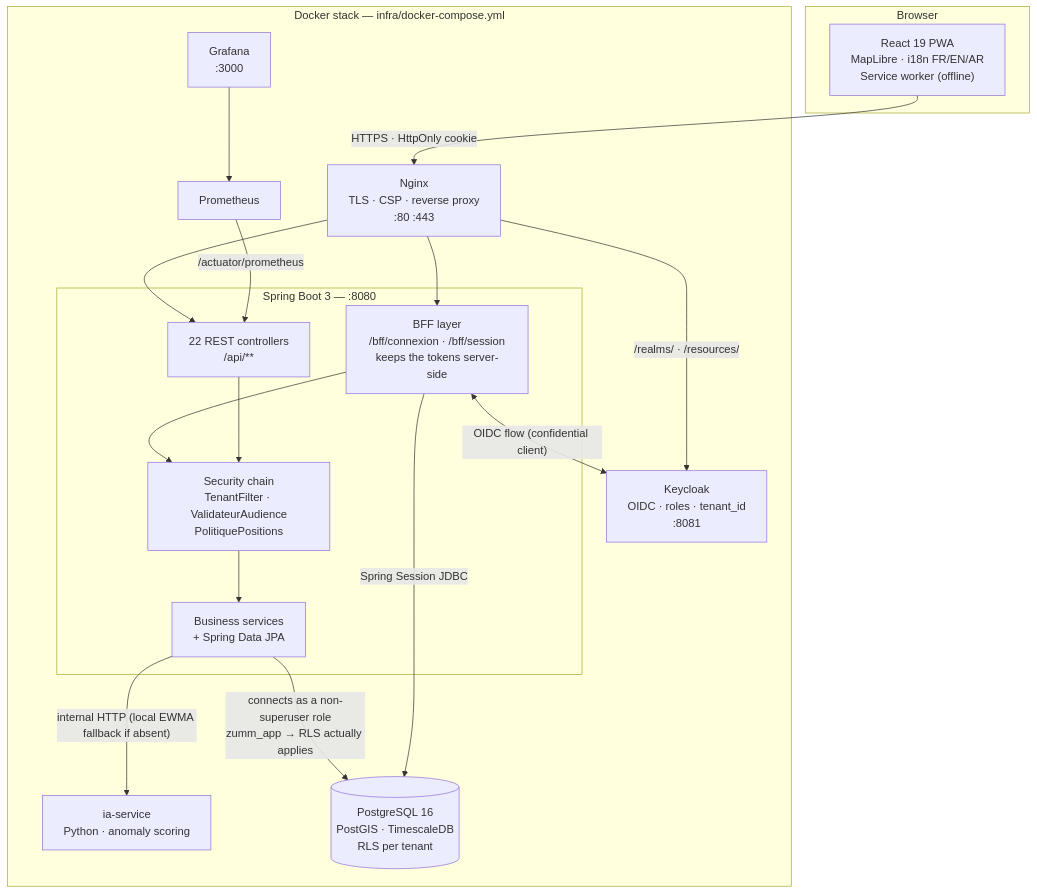
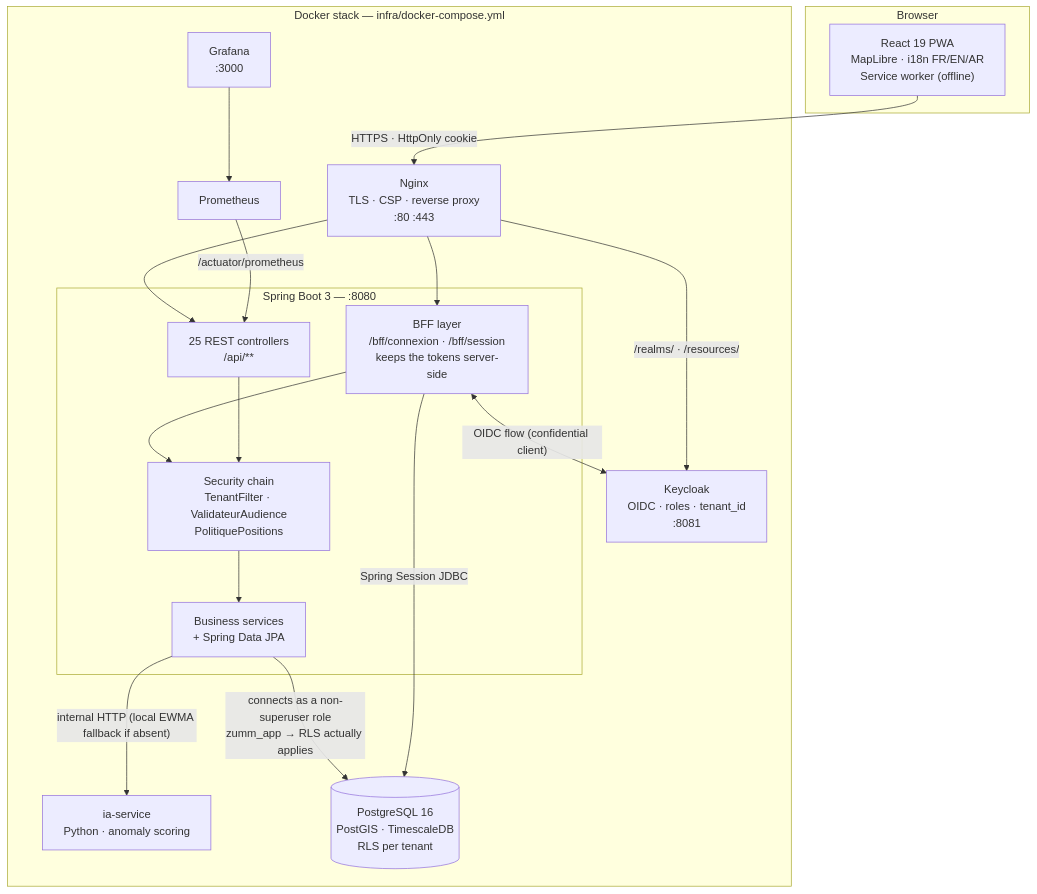
Before and after one commit to iyednefzi99/Z-mm: the diagram in README.en.md, drawn with Mermaid. The commit also changed other lines of this file and 24 other files, not shown here.

````diff
--- a/README.en.md
+++ b/README.en.md
@@ -103,38 +119,38 @@
 ```mermaid
 flowchart TB
     subgraph nav["Browser"]
         PWA["React 19 PWA<br/>MapLibre · i18n FR/EN/AR<br/>Service worker (offline)"]
     end
 
     PWA -- "HTTPS · HttpOnly cookie" --> NGINX
 
     subgraph docker["Docker stack — infra/docker-compose.yml"]
         NGINX["Nginx<br/>TLS · CSP · reverse proxy<br/>:80 :443"]
 
         subgraph api["Spring Boot 3 — :8080"]
             BFF["BFF layer<br/>/bff/connexion · /bff/session<br/>keeps the tokens server-side"]
             SEC["Security chain<br/>TenantFilter · ValidateurAudience<br/>PolitiquePositions"]
-            REST["22 REST controllers<br/>/api/**"]
+            REST["25 REST controllers<br/>/api/**"]
             METIER["Business services<br/>+ Spring Data JPA"]
         end
 
         KC["Keycloak<br/>OIDC · roles · tenant_id<br/>:8081"]
         IA["ia-service<br/>Python · anomaly scoring"]
         PG[("PostgreSQL 16<br/>PostGIS · TimescaleDB<br/>RLS per tenant")]
         PROM["Prometheus"]
         GRAF["Grafana<br/>:3000"]
     end
 
     NGINX --> BFF
     NGINX --> REST
     NGINX -- "/realms/ · /resources/" --> KC
     BFF <-- "OIDC flow (confidential client)" --> KC
     BFF --> SEC
     REST --> SEC
     SEC --> METIER
     METIER -- "connects as a non-superuser role<br/>zumm_app → RLS actually applies" --> PG
     METIER -- "internal HTTP (local EWMA fallback if absent)" --> IA
     BFF -- "Spring Session JDBC" --> PG
     PROM -- "/actuator/prometheus" --> REST
     GRAF --> PROM
 ```
````
